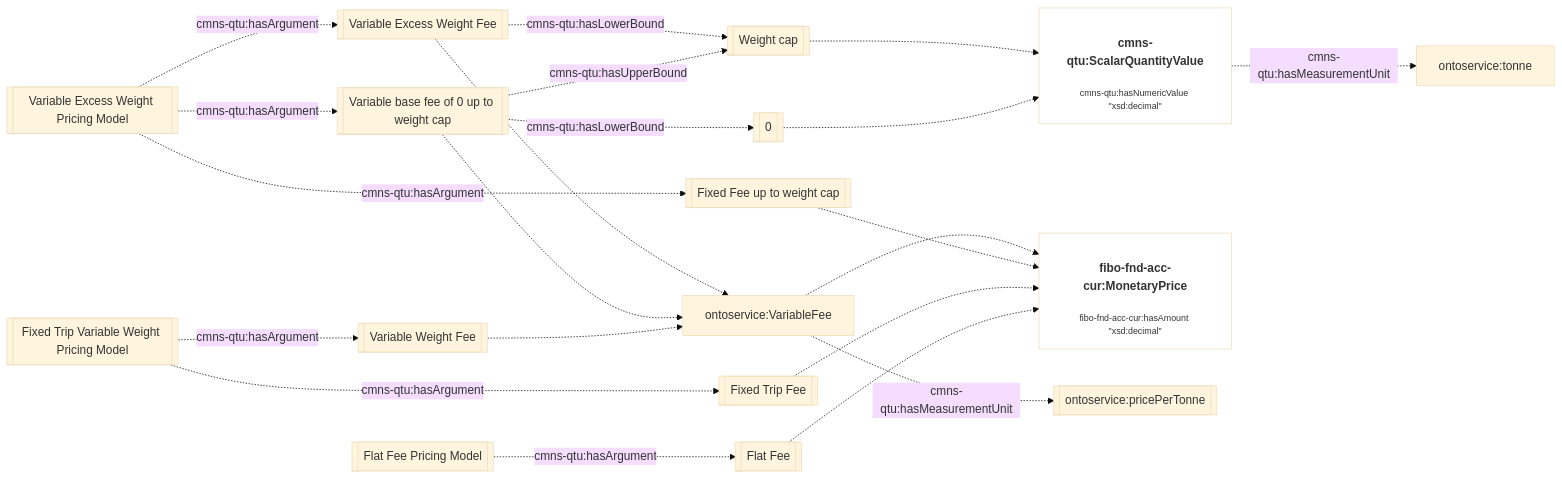
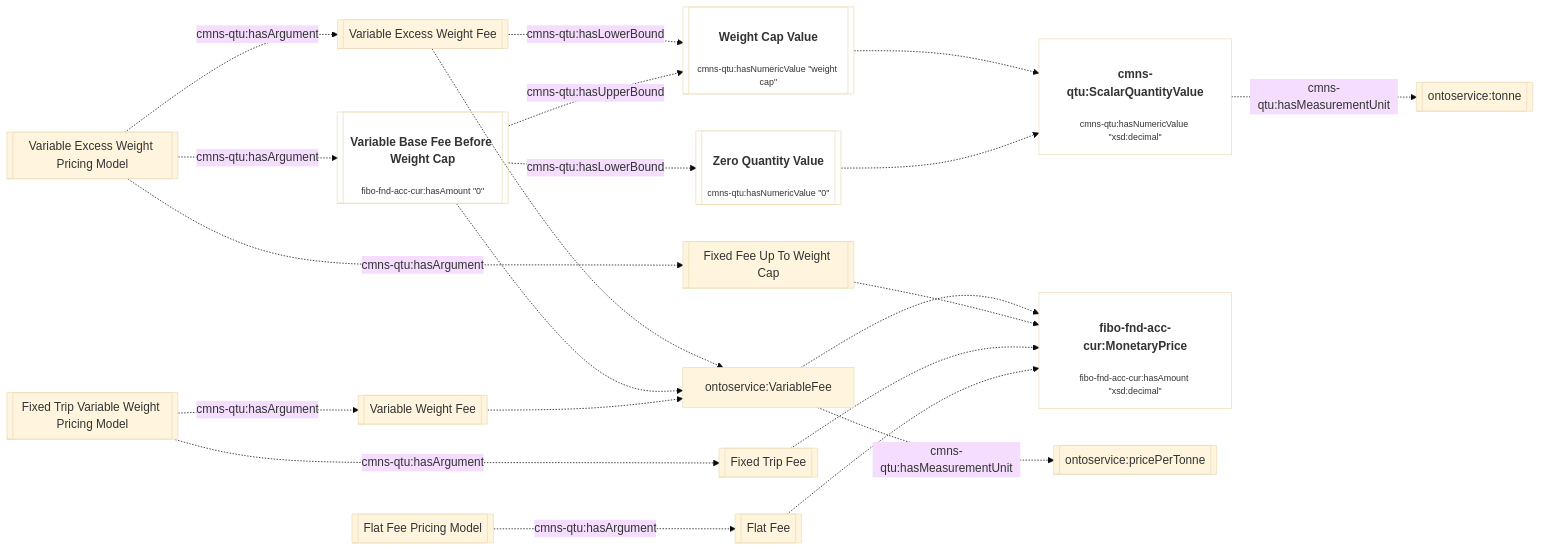
One commit to cambridge-cares/TheWorldAvatar changed diagram 12 of 12 in JPS_Ontology/ontology/ontoservice/README.md. Above: the diagram before and after it, drawn with Mermaid (base theme). The commit also changed other lines of this file and 2 other files, not shown here.

````diff
--- a/JPS_Ontology/ontology/ontoservice/README.md
+++ b/JPS_Ontology/ontology/ontoservice/README.md
@@ -497,33 +497,33 @@
 ```mermaid
 flowchart LR
     %% Styling
     classDef literal fill:none
     classDef node overflow-wrap:break-word,text-wrap:pretty
     linkStyle default overflow-wrap:break-word,text-wrap:pretty;
 
     %% Contents
     FlatFeePricingModel[[Flat Fee Pricing Model]] -. cmns-qtu:hasArgument .-> FlatFee[[Flat Fee]]
 
     FixedTripVariableWeightPricingModel[[Fixed Trip Variable Weight Pricing Model]] -. cmns-qtu:hasArgument .-> FixedTripFee[[Fixed Trip Fee]]
     FixedTripVariableWeightPricingModel -. cmns-qtu:hasArgument .-> VariableWeightFee[[Variable Weight Fee]]
 
-    VariableExcessWeightPricingModel[[Variable Excess Weight Pricing Model]] -. cmns-qtu:hasArgument .-> CappedBaseFee[[Fixed Fee up to weight cap]]
-    VariableExcessWeightPricingModel -. cmns-qtu:hasArgument .-> VariableWeightBaseFee[[Variable base fee of 0 up to weight cap]]
-    VariableWeightBaseFee -. cmns-qtu:hasLowerBound .-> ZeroQuantity[[0]]
-    VariableWeightBaseFee -. cmns-qtu:hasUpperBound .-> WeightCap[[Weight cap]]
+    VariableExcessWeightPricingModel[[Variable Excess Weight Pricing Model]] -. cmns-qtu:hasArgument .-> CappedBaseFee[[Fixed Fee Up To Weight Cap]]
+    VariableExcessWeightPricingModel -. cmns-qtu:hasArgument .-> VariableWeightBaseFee[["<h4>Variable Base Fee Before Weight Cap</h4><p style='font-size:0.75rem;'>fibo-fnd-acc-cur:hasAmount &quot;0&quot;</p>"]]:::literal
+    VariableWeightBaseFee -. cmns-qtu:hasLowerBound .-> ZeroQuantity[["<h4>Zero Quantity Value</h4><p style='font-size:0.75rem;'>cmns-qtu:hasNumericValue &quot;0&quot;</p>"]]:::literal
+    VariableWeightBaseFee -. cmns-qtu:hasUpperBound .-> WeightCap[["<h4>Weight Cap Value</h4><p style='font-size:0.75rem;'>cmns-qtu:hasNumericValue &quot;weight cap&quot;</p>"]]:::literal
     VariableExcessWeightPricingModel -. cmns-qtu:hasArgument .-> VariableExcessWeightFee[[Variable Excess Weight Fee]]
     VariableExcessWeightFee -. cmns-qtu:hasLowerBound .-> WeightCap
 
-    ScalarQuantityValue["<h4>cmns-qtu:ScalarQuantityValue</h4><p style='font-size:0.75rem;'>cmns-qtu:hasNumericValue &quot;xsd:decimal&quot;</p>"]:::literal -. cmns-qtu:hasMeasurementUnit .-> tonne[ontoservice:tonne]
+    ScalarQuantityValue["<h4>cmns-qtu:ScalarQuantityValue</h4><p style='font-size:0.75rem;'>cmns-qtu:hasNumericValue &quot;xsd:decimal&quot;</p>"]:::literal -. cmns-qtu:hasMeasurementUnit .-> tonne[[ontoservice:tonne]]
     ZeroQuantity -.-> ScalarQuantityValue
     WeightCap -.-> ScalarQuantityValue
 
     FlatFee -.-> MonetaryPrice["<h4>fibo-fnd-acc-cur:MonetaryPrice</h4><p style='font-size:0.75rem;'>fibo-fnd-acc-cur:hasAmount &quot;xsd:decimal&quot;</p>"]:::literal
     FixedTripFee -.-> MonetaryPrice
     CappedBaseFee -.-> MonetaryPrice
     VariableWeightFee -.-> VariableFee[ontoservice:VariableFee]
     VariableWeightBaseFee -.-> VariableFee
     VariableExcessWeightFee -.-> VariableFee
     VariableFee -. cmns-qtu:hasMeasurementUnit .-> pricepertonne[[ontoservice:pricePerTonne]]
     VariableFee -.-> MonetaryPrice
 ```
````
